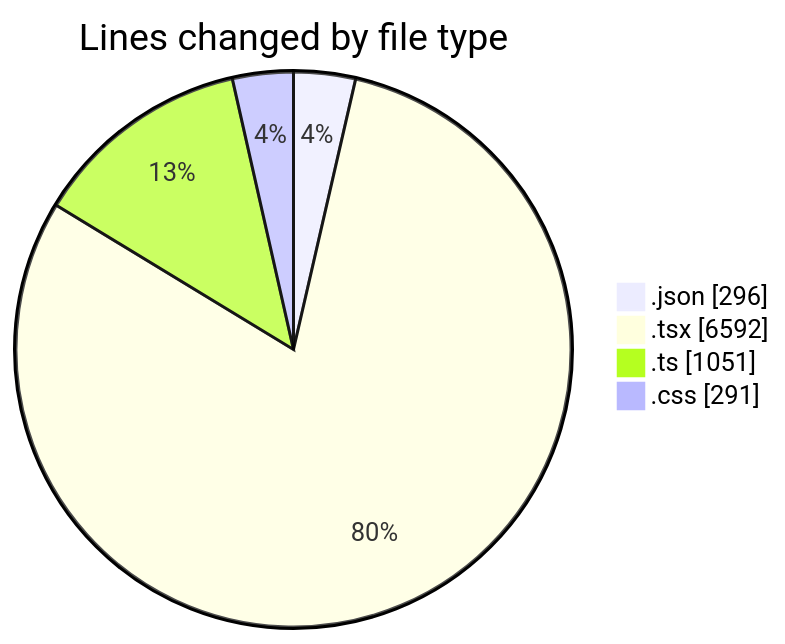
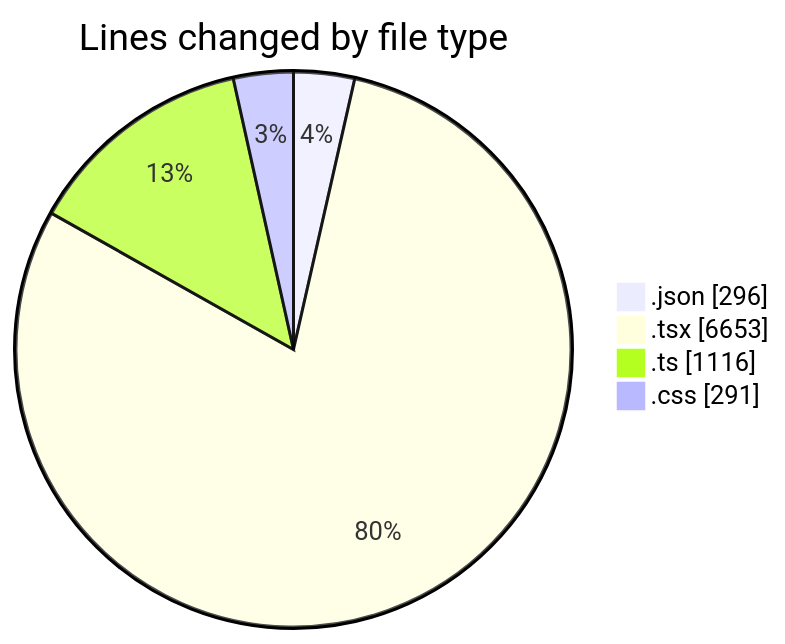
The first of 2 diagrams in 2025-10-07/eventscop-frontend-guide__workspace_/README.md (julien-gomy/code-tracking), drawn with Mermaid before and after one commit. The commit also changed other lines of this file and 1 other file, not shown here.

````diff
--- a/2025-10-07/eventscop-frontend-guide__workspace_/README.md
+++ b/2025-10-07/eventscop-frontend-guide__workspace_/README.md
@@ -66,8 +66,8 @@
 ```mermaid
 pie showData
 title Lines changed by file type
 ".json" : 296
-".tsx" : 6592
-".ts" : 1051
+".tsx" : 6653
+".ts" : 1116
 ".css" : 291
 ```
````
